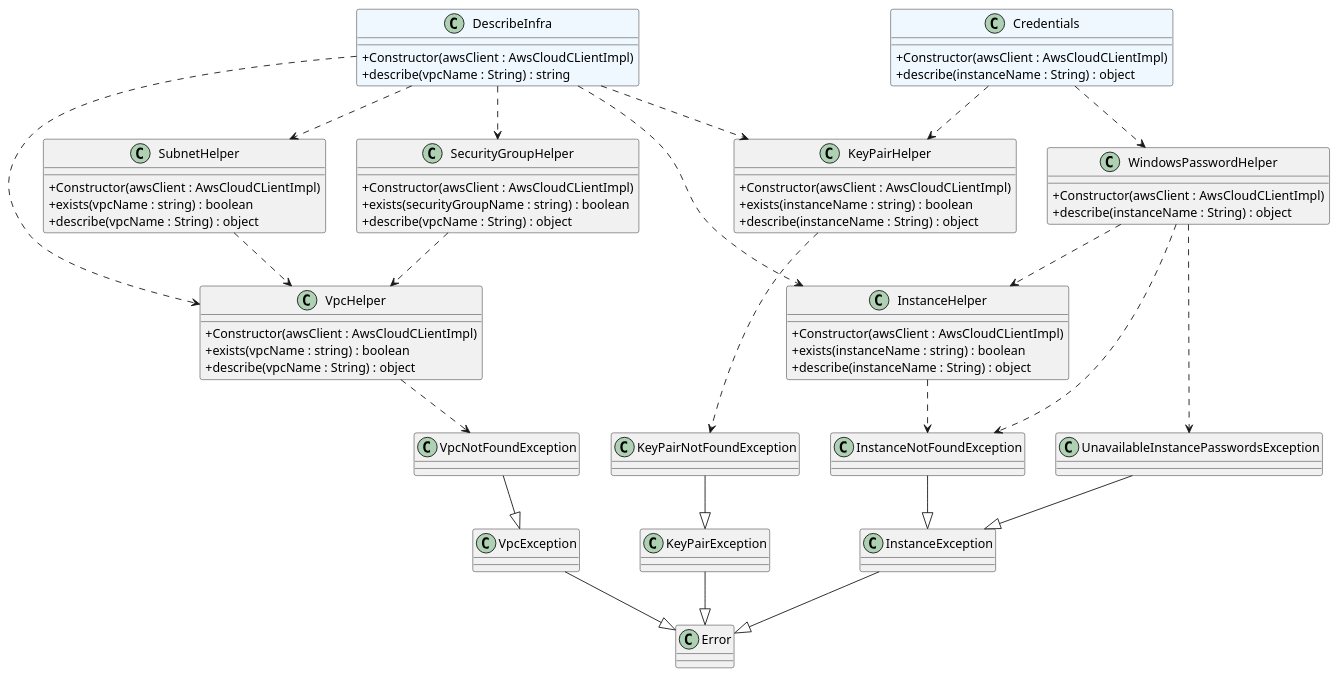
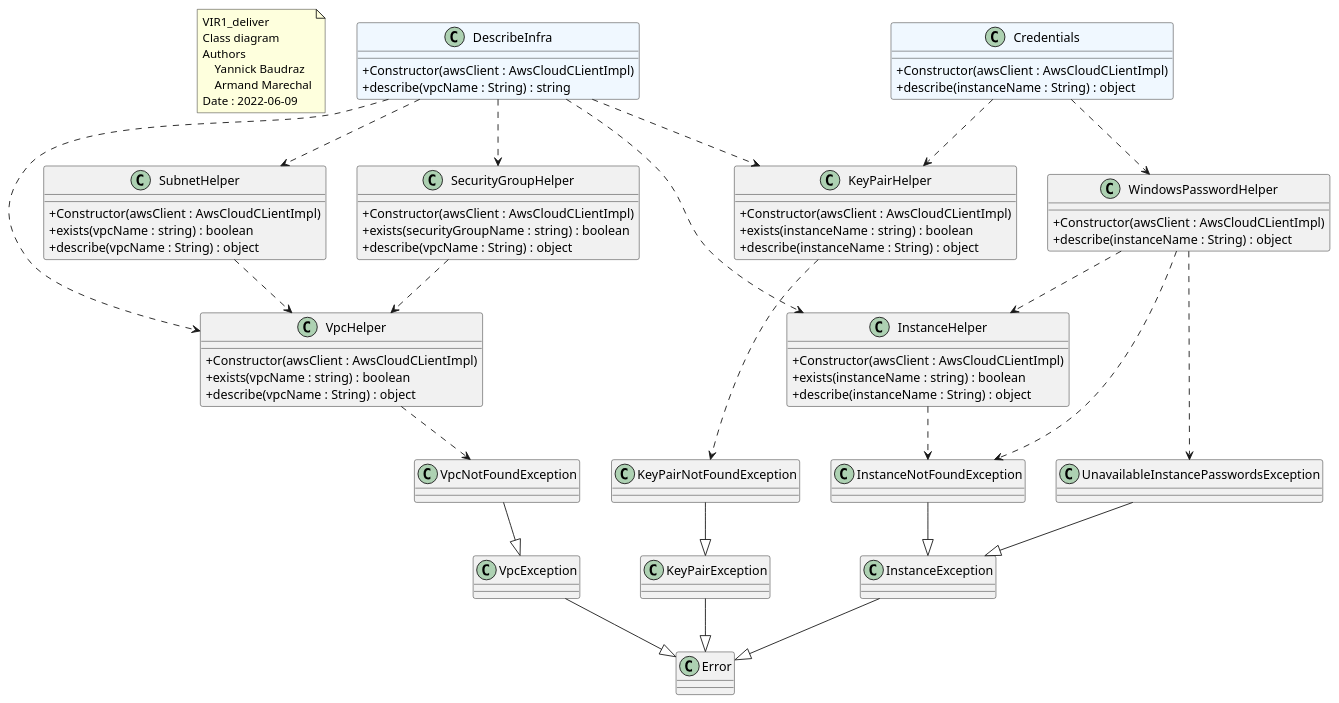
Before and after one commit to NicolasGlassey/VIR1-Deliver: the diagram in docs/classes/class_deliver.puml, drawn with PlantUML. The commit also changed 1 other file, not shown here.

Commit message:
Add cartouche in diagram

```diff
--- a/docs/classes/class_deliver.puml
+++ b/docs/classes/class_deliver.puml
@@ -1,87 +1,96 @@
 @startuml
 skinparam classAttributeIconSize 0
+
+note as t1
+VIR1_deliver
+Class diagram
+Authors
+    Yannick Baudraz
+    Armand Marechal
+Date : 2022-06-09
+end note
 
 class Infra as "DescribeInfra" #aliceblue {
     +Constructor(awsClient : AwsCloudCLientImpl)
     +describe(vpcName : String) : string
 }
 
 class Credentials #aliceblue {
     +Constructor(awsClient : AwsCloudCLientImpl)
     +describe(instanceName : String) : object
 }
 
 class VpcHelper {
     +Constructor(awsClient : AwsCloudCLientImpl)
     +exists(vpcName : string) : boolean
     +describe(vpcName : String) : object
 }
 
 class SubnetHelper {
     +Constructor(awsClient : AwsCloudCLientImpl)
     +exists(vpcName : string) : boolean
     +describe(vpcName : String) : object
 }
 
 class SecurityGroupHelper {
     +Constructor(awsClient : AwsCloudCLientImpl)
     +exists(securityGroupName : string) : boolean
     +describe(vpcName : String) : object
 }
 
 class InstanceHelper {
     +Constructor(awsClient : AwsCloudCLientImpl)
     +exists(instanceName : string) : boolean
     +describe(instanceName : String) : object
 }
 
 class KeyPairHelper {
     +Constructor(awsClient : AwsCloudCLientImpl)
     +exists(instanceName : string) : boolean
     +describe(instanceName : String) : object
 }
 
 class WindowsPasswordHelper {
     +Constructor(awsClient : AwsCloudCLientImpl)
     +describe(instanceName : String) : object
 }
 
 together {
     class Error
     class VpcException
     class VpcNotFoundException
     class InstanceException
     class InstanceNotFoundException
     class UnavailableInstancePasswordsException
     class KeyPairException
     class KeyPairNotFoundException
 }
 
 Infra ..> VpcHelper
 Infra ..> SubnetHelper
 Infra ..> SecurityGroupHelper
 Infra ..> InstanceHelper
 Infra ..> KeyPairHelper
 
 Credentials ..> WindowsPasswordHelper
 Credentials ..> KeyPairHelper
 
 VpcException --|> Error
 VpcNotFoundException --|> VpcException
 InstanceException --|> Error
 InstanceNotFoundException --|> InstanceException
 UnavailableInstancePasswordsException --|> InstanceException
 KeyPairException --|> Error
 KeyPairNotFoundException --|> KeyPairException
 
 SubnetHelper ..> VpcHelper
 SecurityGroupHelper ..> VpcHelper
 WindowsPasswordHelper ..> InstanceHelper
 
 VpcHelper ..> VpcNotFoundException
 InstanceHelper ..> InstanceNotFoundException
 KeyPairHelper ..> KeyPairNotFoundException
 WindowsPasswordHelper ..> InstanceNotFoundException
 WindowsPasswordHelper ..> UnavailableInstancePasswordsException
 
 @enduml
```
